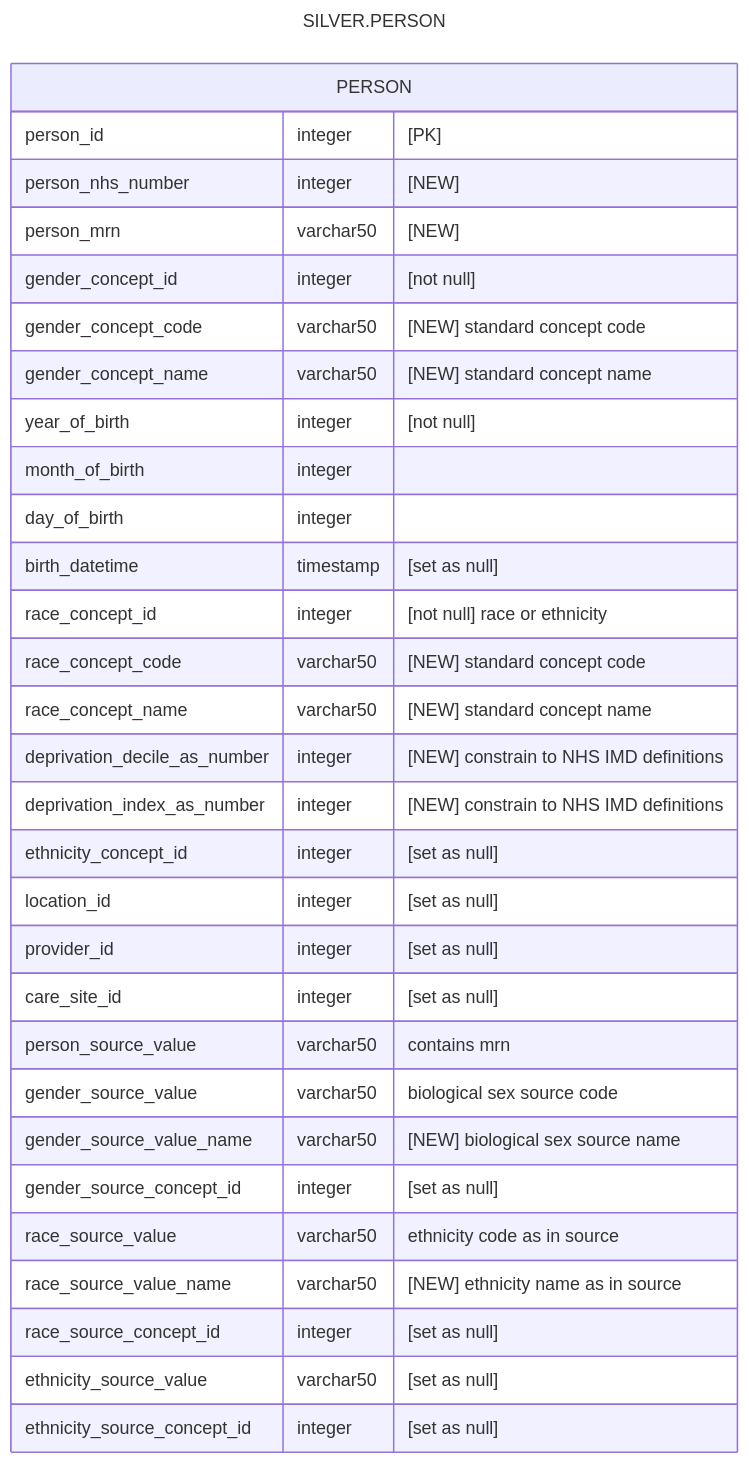
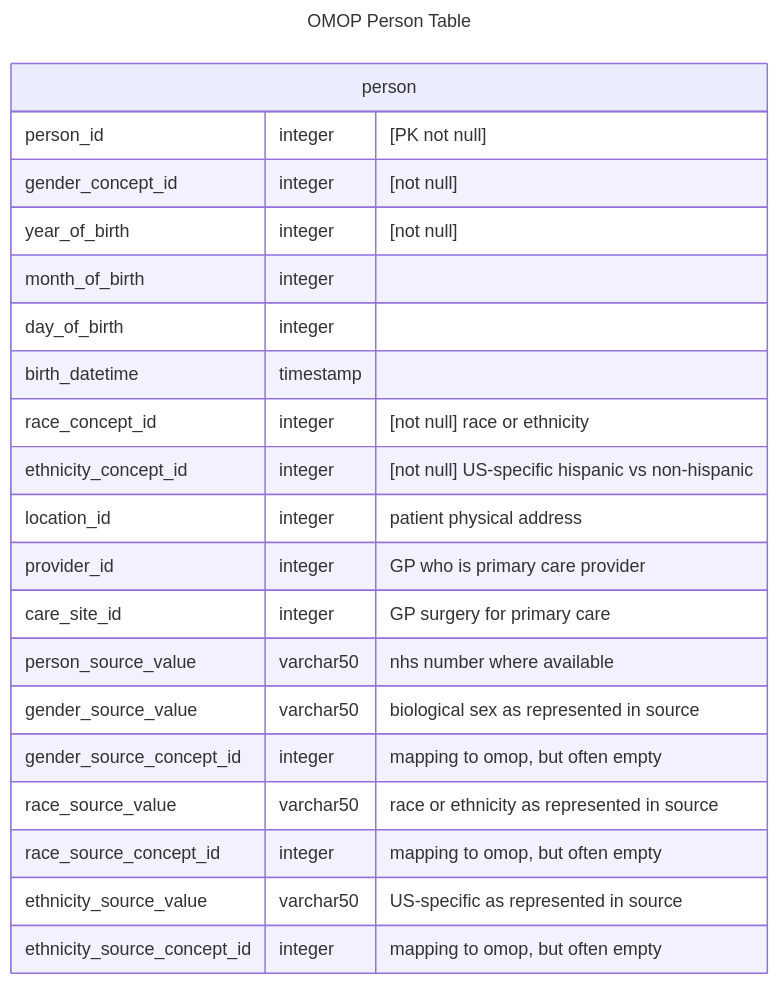
Before and after one commit to d3london/sde_aic_external_docs: the fifth of 5 diagrams in src/pages/data_model/cdm_person.qmd, drawn with Mermaid. The commit also changed other lines of this file, not shown here.

Commit message:
updated person data models

````diff
--- a/src/pages/data_model/cdm_person.qmd
+++ b/src/pages/data_model/cdm_person.qmd
@@ -89,36 +160,26 @@
 ```{mermaid}
 ---
-title: SILVER.PERSON
+title: OMOP Person Table
 ---
 erDiagram
-    PERSON {
-        person_id integer "[PK]"
-        person_nhs_number integer "[NEW]"
-        person_mrn varchar50 "[NEW]"
+    person {
+        person_id integer "[PK not null]"
         gender_concept_id integer "[not null]"
-        gender_concept_code varchar50 "[NEW] standard concept code"
-        gender_concept_name varchar50 "[NEW] standard concept name"
         year_of_birth integer "[not null]"
         month_of_birth integer
         day_of_birth integer
-        birth_datetime timestamp "[set as null]"
+        birth_datetime timestamp
         race_concept_id integer "[not null] race or ethnicity"
-        race_concept_code varchar50 "[NEW] standard concept code"
-        race_concept_name varchar50 "[NEW] standard concept name"
-        deprivation_decile_as_number integer "[NEW] constrain to NHS IMD definitions"       
-        deprivation_index_as_number integer "[NEW] constrain to NHS IMD definitions"
-        ethnicity_concept_id integer "[set as null]"
-        location_id integer "[set as null]"
-        provider_id integer "[set as null]"
-        care_site_id integer "[set as null]"
-        person_source_value varchar50 "contains mrn"
-        gender_source_value varchar50 "biological sex source code"
-        gender_source_value_name varchar50 "[NEW] biological sex source name"
-        gender_source_concept_id integer "[set as null]"
-        race_source_value varchar50 "ethnicity code as in source"
-        race_source_value_name varchar50 "[NEW] ethnicity name as in source"
-        race_source_concept_id integer "[set as null]"
-        ethnicity_source_value varchar50 "[set as null]"
-        ethnicity_source_concept_id integer "[set as null]"    
+        ethnicity_concept_id integer "[not null] US-specific hispanic vs non-hispanic"
+        location_id integer "patient physical address"
+        provider_id integer "GP who is primary care provider"
+        care_site_id integer "GP surgery for primary care"
+        person_source_value varchar50 "nhs number where available"
+        gender_source_value varchar50 "biological sex as represented in source"
+        gender_source_concept_id integer "mapping to omop, but often empty"
+        race_source_value varchar50 "race or ethnicity as represented in source"
+        race_source_concept_id integer "mapping to omop, but often empty"
+        ethnicity_source_value varchar50 "US-specific as represented in source"
+        ethnicity_source_concept_id integer "mapping to omop, but often empty"
     }
 ```
````
